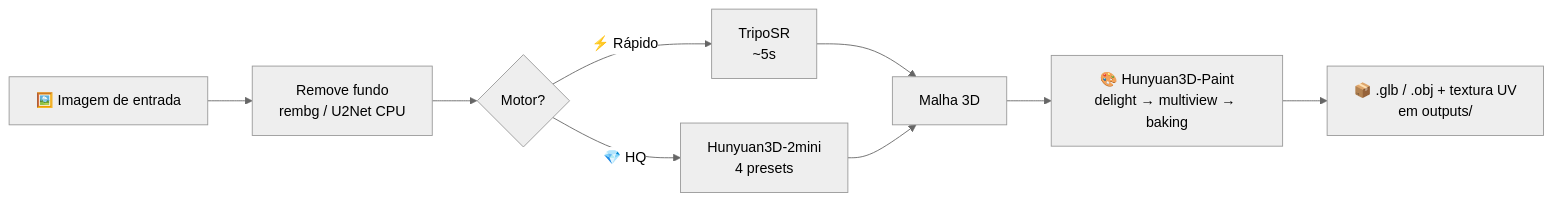
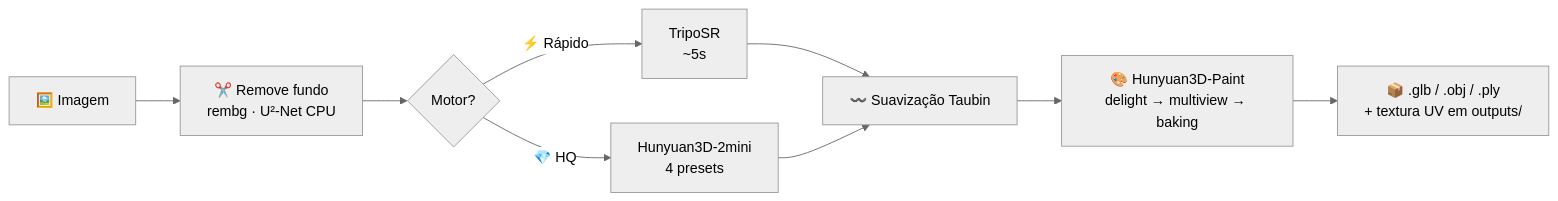
Before and after one commit to caioross/3draza: the diagram in README.md, drawn with Mermaid (neutral theme). The commit also changed other lines of this file, not shown here.

````diff
--- a/README.md
+++ b/README.md
@@ -84,11 +100,11 @@
 ```mermaid
 flowchart LR
-    IMG[🖼️ Imagem de entrada] --> RB[Remove fundo<br/>rembg / U2Net CPU]
+    IMG[🖼️ Imagem] --> RB[✂️ Remove fundo<br/>rembg · U²-Net CPU]
     RB --> ENG{Motor?}
     ENG -->|⚡ Rápido| TSR[TripoSR<br/>~5s]
     ENG -->|💎 HQ| HY[Hunyuan3D-2mini<br/>4 presets]
-    TSR --> MESH[Malha 3D]
-    HY --> MESH
-    MESH --> TEX[🎨 Hunyuan3D-Paint<br/>delight → multiview → baking]
-    TEX --> OUT[📦 .glb / .obj + textura UV<br/>em outputs/]
+    TSR --> SM[〰️ Suavização Taubin]
+    HY --> SM
+    SM --> TEX[🎨 Hunyuan3D-Paint<br/>delight → multiview → baking]
+    TEX --> OUT[📦 .glb / .obj / .ply<br/>+ textura UV em outputs/]
 ```
````
